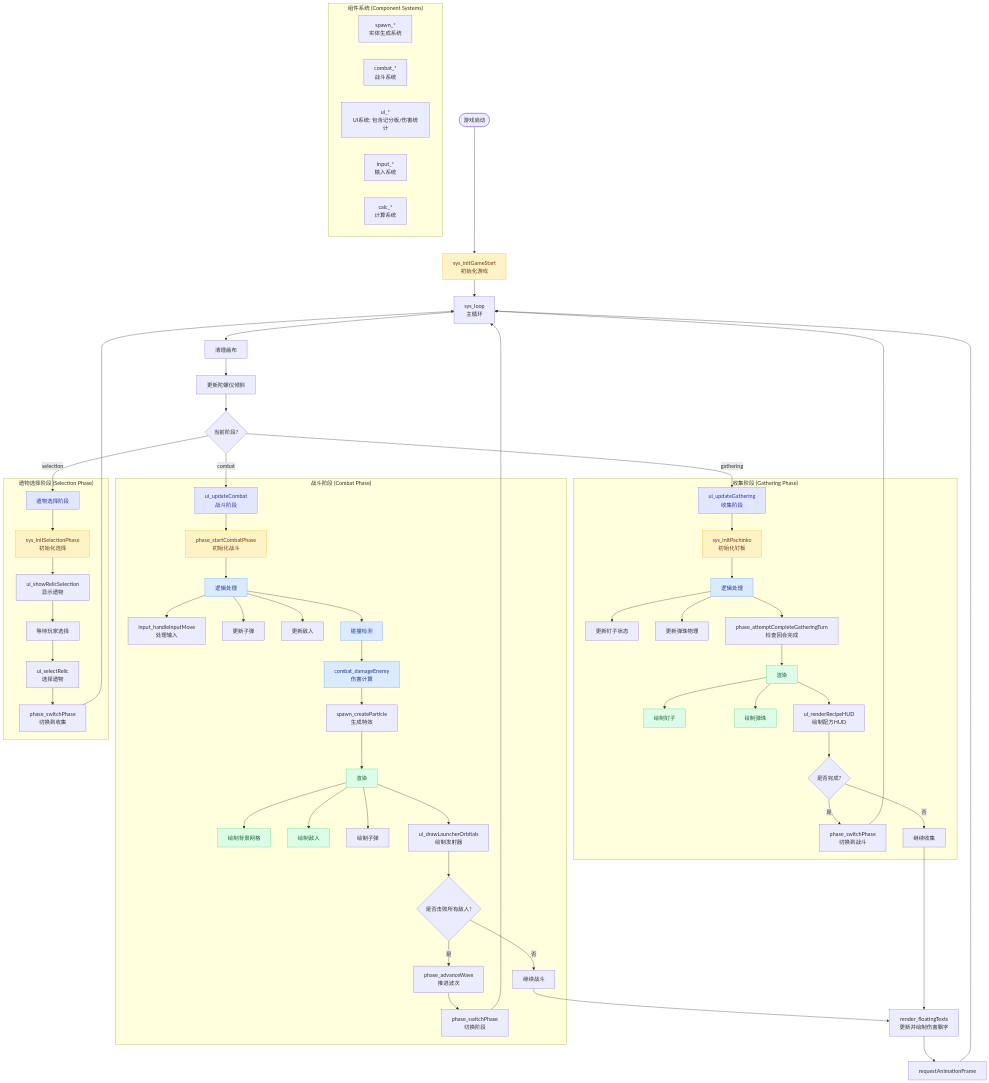
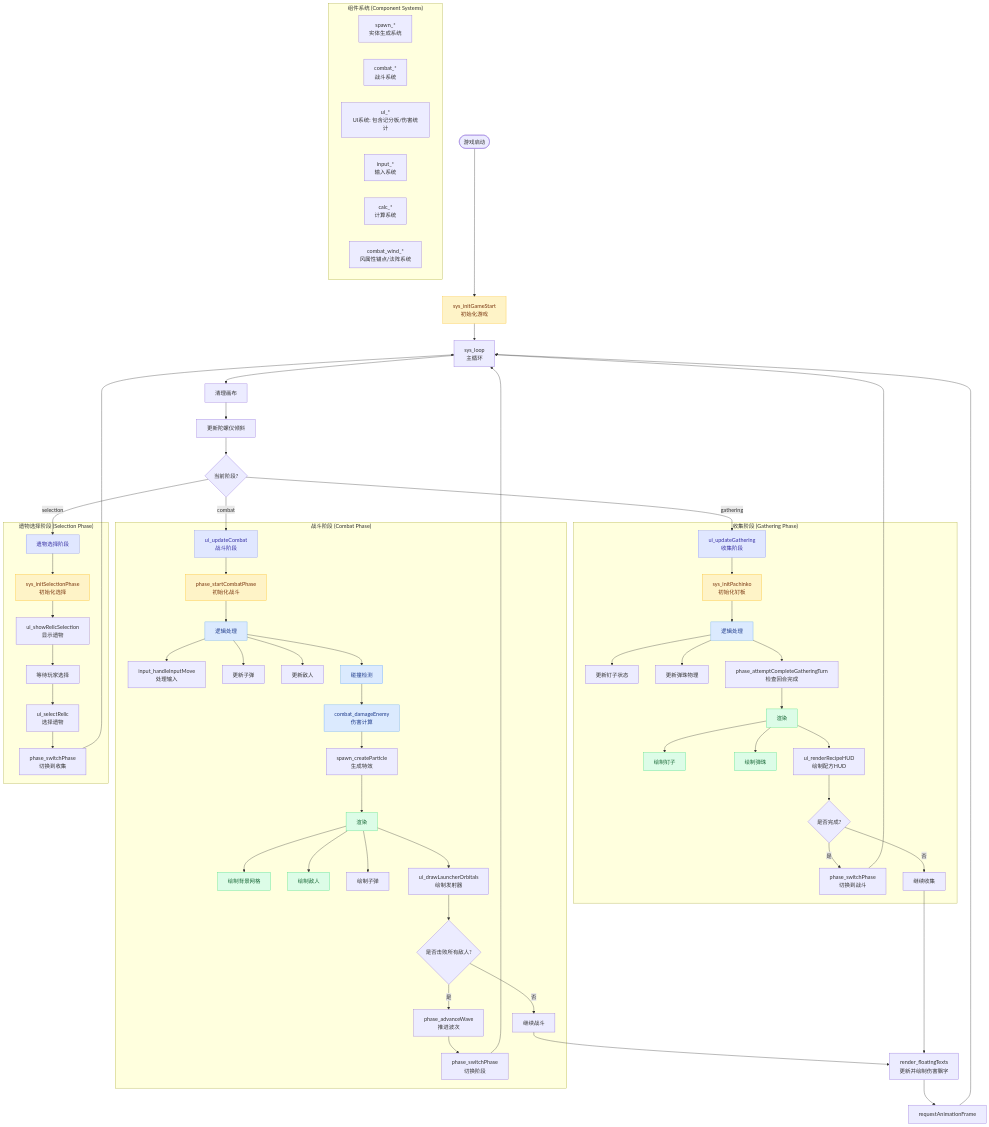
The diagram in docs_game_loop_architecture.mmd (gdszyy/echo-alchemist-v2-1766564886), drawn with Mermaid before and after one commit. The commit also changed 5 other files, not shown here.

```diff
--- a/docs_game_loop_architecture.mmd
+++ b/docs_game_loop_architecture.mmd
@@ -1,82 +1,83 @@
 graph TD
     Start([游戏启动]) --> Init[sys_initGameStart<br/>初始化游戏]
     Init --> Loop[sys_loop<br/>主循环]
     
     Loop --> Clear[清理画布]
     Clear --> UpdateTilt[更新陀螺仪倾斜]
     UpdateTilt --> PhaseCheck{当前阶段?}
     
     PhaseCheck -->|gathering| GatheringPhase[ui_updateGathering<br/>收集阶段]
     PhaseCheck -->|combat| CombatPhase[ui_updateCombat<br/>战斗阶段]
     PhaseCheck -->|selection| SelectionPhase[遗物选择阶段]
     
     subgraph "收集阶段 (Gathering Phase)"
         GatheringPhase --> G_Init[sys_initPachinko<br/>初始化钉板]
         G_Init --> G_Logic[逻辑处理]
         G_Logic --> G_Pegs[更新钉子状态]
         G_Logic --> G_Marbles[更新弹珠物理]
         G_Logic --> G_Check[phase_attemptCompleteGatheringTurn<br/>检查回合完成]
         G_Check --> G_Render[渲染]
         G_Render --> G_DrawPegs[绘制钉子]
         G_Render --> G_DrawMarbles[绘制弹珠]
         G_Render --> G_DrawHUD[ui_renderRecipeHUD<br/>绘制配方HUD]
         G_DrawHUD --> G_End{是否完成?}
         G_End -->|是| G_Switch[phase_switchPhase<br/>切换到战斗]
         G_End -->|否| G_Continue[继续收集]
     end
     
     subgraph "战斗阶段 (Combat Phase)"
         CombatPhase --> C_Init[phase_startCombatPhase<br/>初始化战斗]
         C_Init --> C_Logic[逻辑处理]
         C_Logic --> C_Input[input_handleInputMove<br/>处理输入]
         C_Logic --> C_Projectiles[更新子弹]
         C_Logic --> C_Enemies[更新敌人]
         C_Logic --> C_Collision[碰撞检测]
         C_Collision --> C_Damage[combat_damageEnemy<br/>伤害计算]
         C_Damage --> C_Effects[spawn_createParticle<br/>生成特效]
         C_Effects --> C_Render[渲染]
         C_Render --> C_DrawBG[绘制背景网格]
         C_Render --> C_DrawEnemies[绘制敌人]
         C_Render --> C_DrawProjectiles[绘制子弹]
         C_Render --> C_DrawUI[ui_drawLauncherOrbitals<br/>绘制发射器]
         C_DrawUI --> C_Check{是否击败所有敌人?}
         C_Check -->|是| C_Advance[phase_advanceWave<br/>推进波次]
         C_Advance --> C_Switch[phase_switchPhase<br/>切换阶段]
         C_Check -->|否| C_Continue[继续战斗]
     end
     
     subgraph "遗物选择阶段 (Selection Phase)"
         SelectionPhase --> S_Init[sys_initSelectionPhase<br/>初始化选择]
         S_Init --> S_Show[ui_showRelicSelection<br/>显示遗物]
         S_Show --> S_Wait[等待玩家选择]
         S_Wait --> S_Select[ui_selectRelic<br/>选择遗物]
         S_Select --> S_Switch[phase_switchPhase<br/>切换到收集]
     end
     
     G_Switch --> Loop
     C_Switch --> Loop
     S_Switch --> Loop
     G_Continue --> FloatingText
     C_Continue --> FloatingText
     
     FloatingText[render_floatingTexts<br/>更新并绘制伤害飘字] --> NextFrame[requestAnimationFrame]
     NextFrame --> Loop
     
     subgraph "组件系统 (Component Systems)"
         direction LR
         Spawn[spawn_*<br/>实体生成系统]
         Combat[combat_*<br/>战斗系统]
         UI[ui_*<br/>UI系统: 包含记分板/伤害统计]
         Input[input_*<br/>输入系统]
         Calc[calc_*<br/>计算系统]
+        Wind[combat_wind_*<br/>风属性锚点/法阵系统]
     end
     
     classDef phaseStyle fill:#e0e7ff,stroke:#818cf8,color:#3730a3
     classDef systemStyle fill:#fef3c7,stroke:#fbbf24,color:#78350f
     classDef renderStyle fill:#dcfce7,stroke:#4ade80,color:#166534
     classDef logicStyle fill:#dbeafe,stroke:#60a5fa,color:#1e3a8a
     
     class GatheringPhase,CombatPhase,SelectionPhase phaseStyle
     class Init,G_Init,C_Init,S_Init systemStyle
     class G_Render,C_Render,G_DrawPegs,G_DrawMarbles,C_DrawBG,C_DrawEnemies renderStyle
     class G_Logic,C_Logic,C_Collision,C_Damage logicStyle
```
